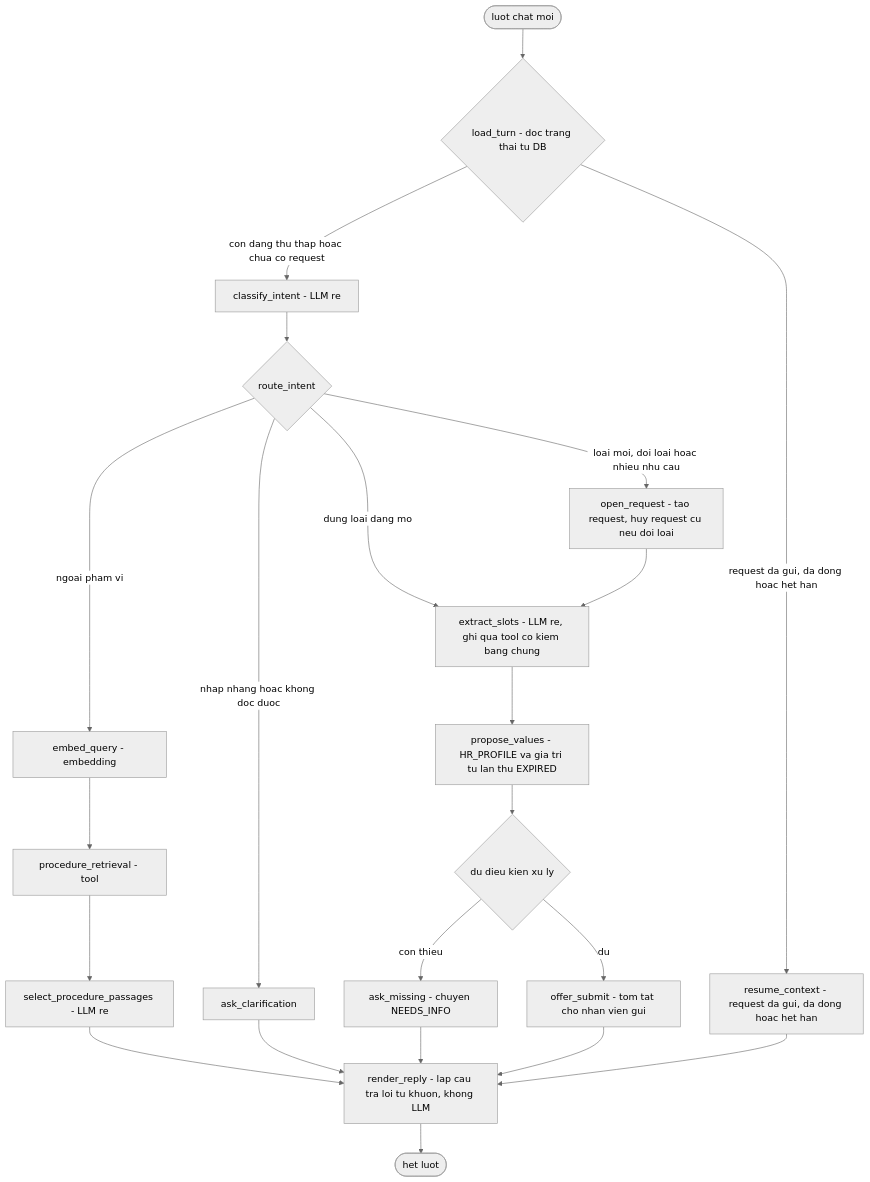
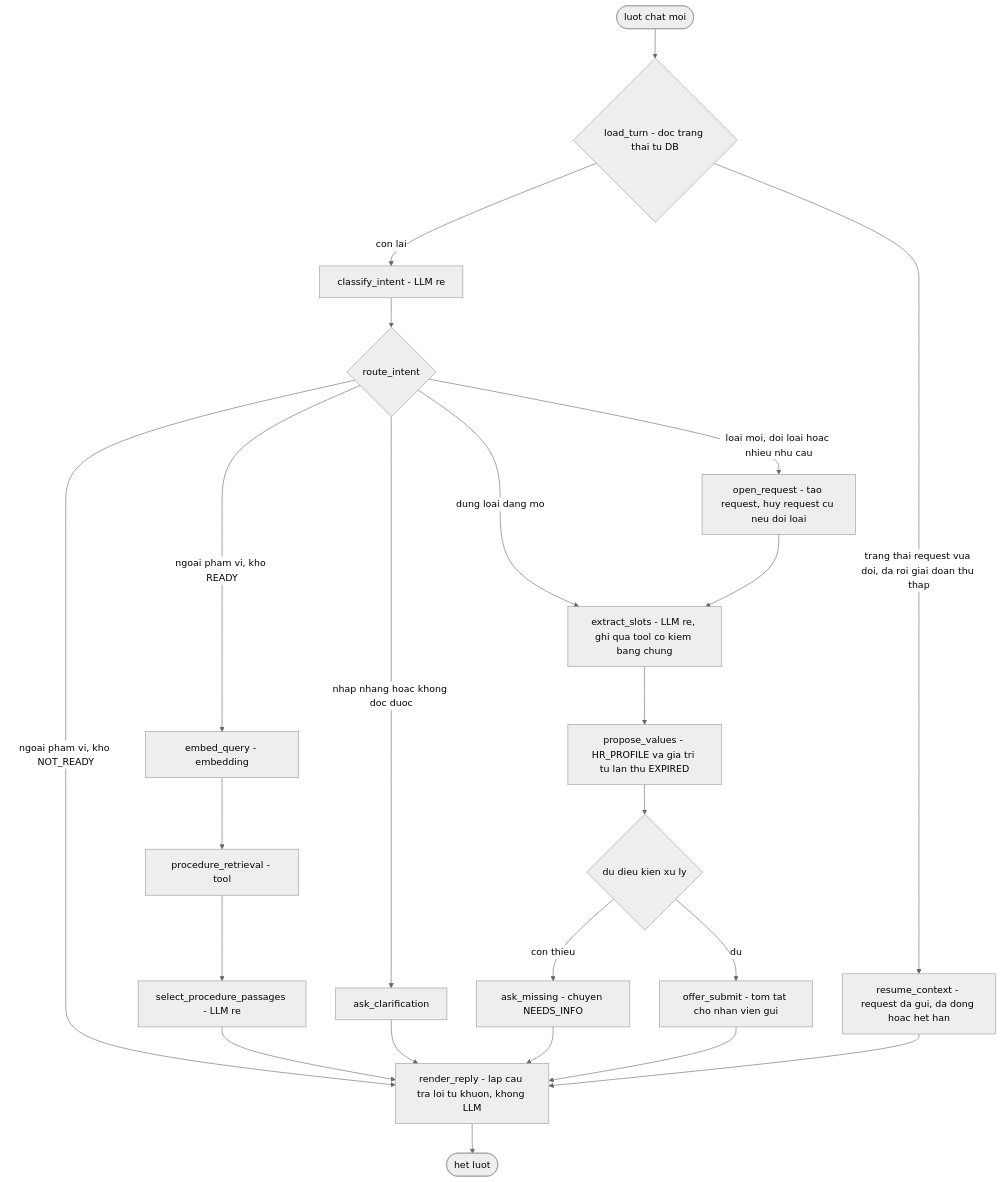
Before and after one commit to CongDuc02/AdminServiceDeskAgent: the first of 3 diagrams in docs/design/03-agents.md, drawn with Mermaid (neutral theme). The commit also changed other lines of this file and 11 other files, not shown here.

````diff
--- a/docs/design/03-agents.md
+++ b/docs/design/03-agents.md
@@ -434,42 +453,43 @@
 ```mermaid
 flowchart TD
     START_T([luot chat moi])
     load_turn{load_turn - doc trang thai tu DB}
     resume_context[resume_context - request da gui, da dong hoac het han]
     classify_intent[classify_intent - LLM re]
     route_intent{route_intent}
     ask_clarification[ask_clarification]
     embed_query[embed_query - embedding]
     procedure_retrieval[procedure_retrieval - tool]
     select_passages[select_procedure_passages - LLM re]
     open_request[open_request - tao request, huy request cu neu doi loai]
     extract_slots[extract_slots - LLM re, ghi qua tool co kiem bang chung]
     propose_values[propose_values - HR_PROFILE va gia tri tu lan thu EXPIRED]
     check_completeness{du dieu kien xu ly}
     ask_missing[ask_missing - chuyen NEEDS_INFO]
     offer_submit[offer_submit - tom tat cho nhan vien gui]
     render_reply[render_reply - lap cau tra loi tu khuon, khong LLM]
     END_T([het luot])
 
     START_T --> load_turn
-    load_turn -->|request da gui, da dong hoac het han| resume_context
-    load_turn -->|con dang thu thap hoac chua co request| classify_intent
+    load_turn -->|trang thai request vua doi, da roi giai doan thu thap| resume_context
+    load_turn -->|con lai| classify_intent
     classify_intent --> route_intent
     route_intent -->|nhap nhang hoac khong doc duoc| ask_clarification
-    route_intent -->|ngoai pham vi| embed_query
+    route_intent -->|ngoai pham vi, kho READY| embed_query
+    route_intent -->|ngoai pham vi, kho NOT_READY| render_reply
     route_intent -->|loai moi, doi loai hoac nhieu nhu cau| open_request
     route_intent -->|dung loai dang mo| extract_slots
     embed_query --> procedure_retrieval
     procedure_retrieval --> select_passages
     open_request --> extract_slots
     extract_slots --> propose_values
     propose_values --> check_completeness
     check_completeness -->|con thieu| ask_missing
     check_completeness -->|du| offer_submit
     select_passages --> render_reply
     ask_clarification --> render_reply
     ask_missing --> render_reply
     offer_submit --> render_reply
     resume_context --> render_reply
     render_reply --> END_T
 ```
````
